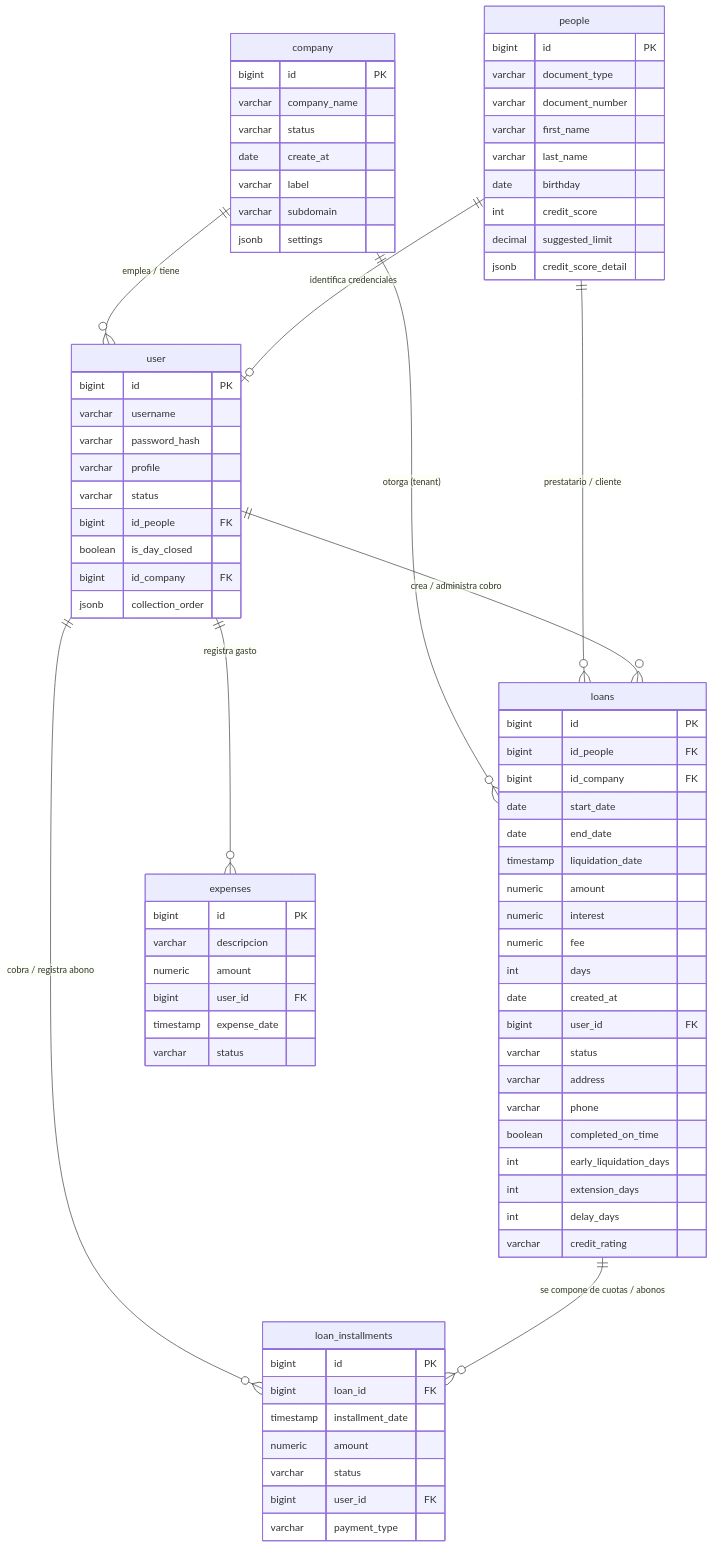
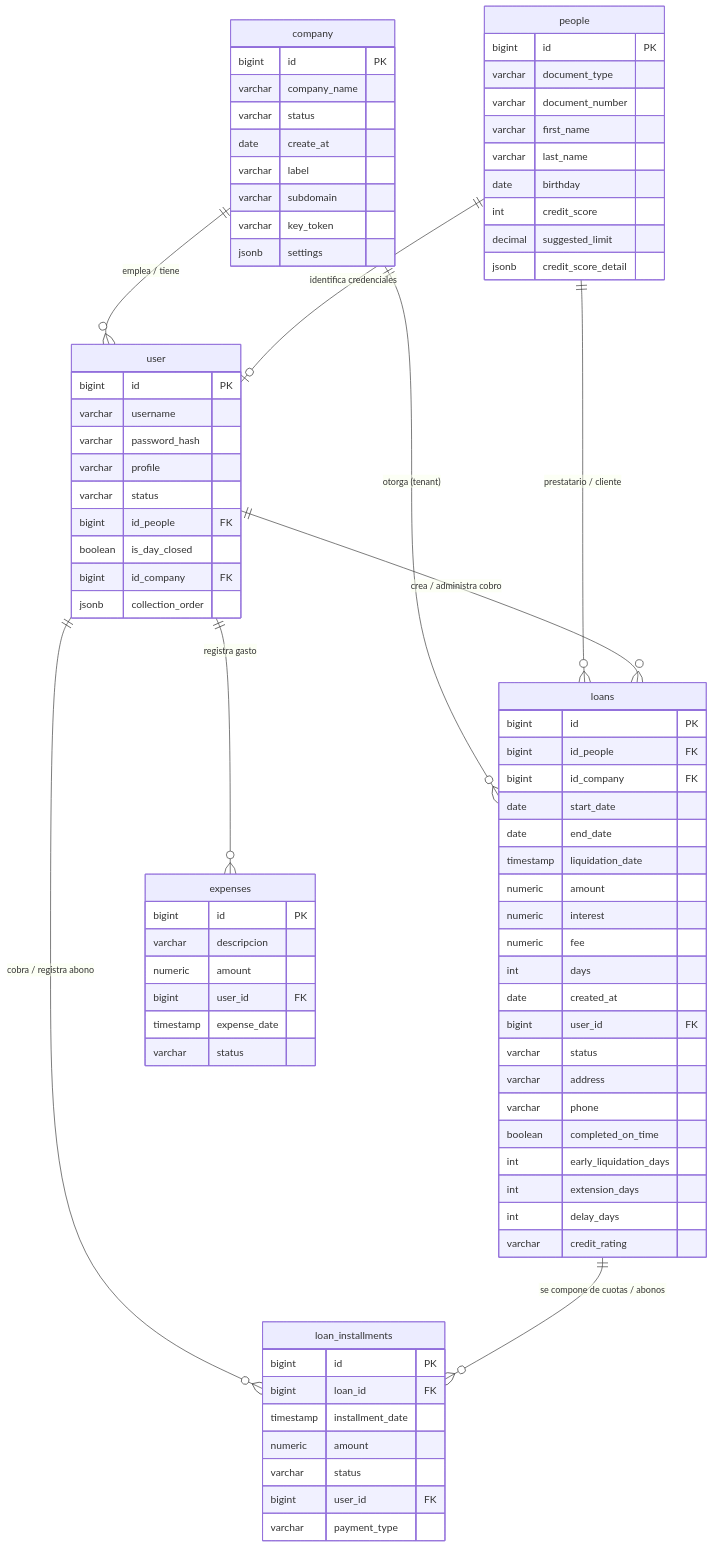
One commit to alexisb1v1/PrestamosApi changed the diagram in .antigravity/database.md. Above: the diagram before and after it, drawn with Mermaid. The commit also changed other lines of this file and 26 other files, not shown here.

```diff
--- a/.antigravity/database.md
+++ b/.antigravity/database.md
@@ -26,6 +26,7 @@
         date create_at
         varchar label
         varchar subdomain
+        varchar key_token
         jsonb settings
     }
 
```
